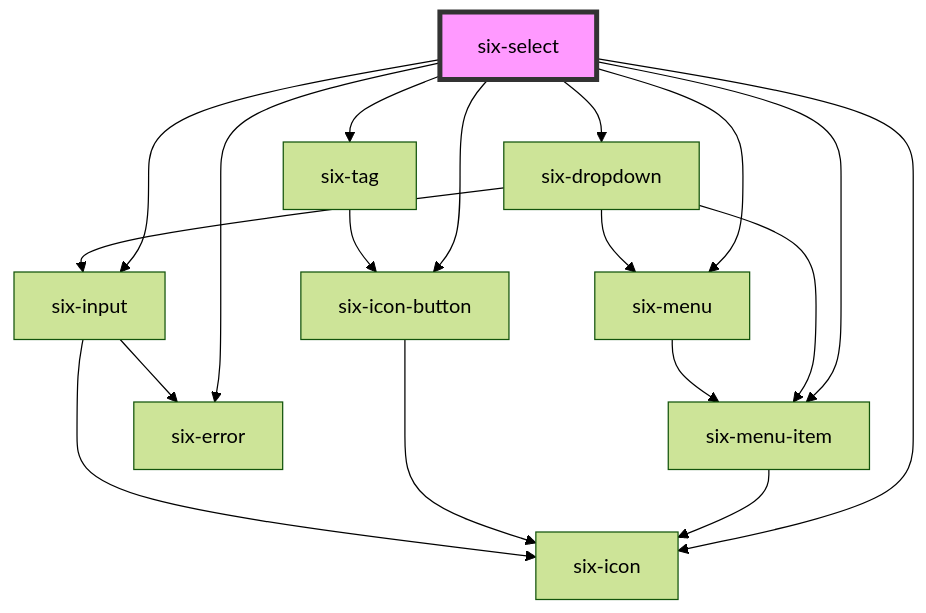
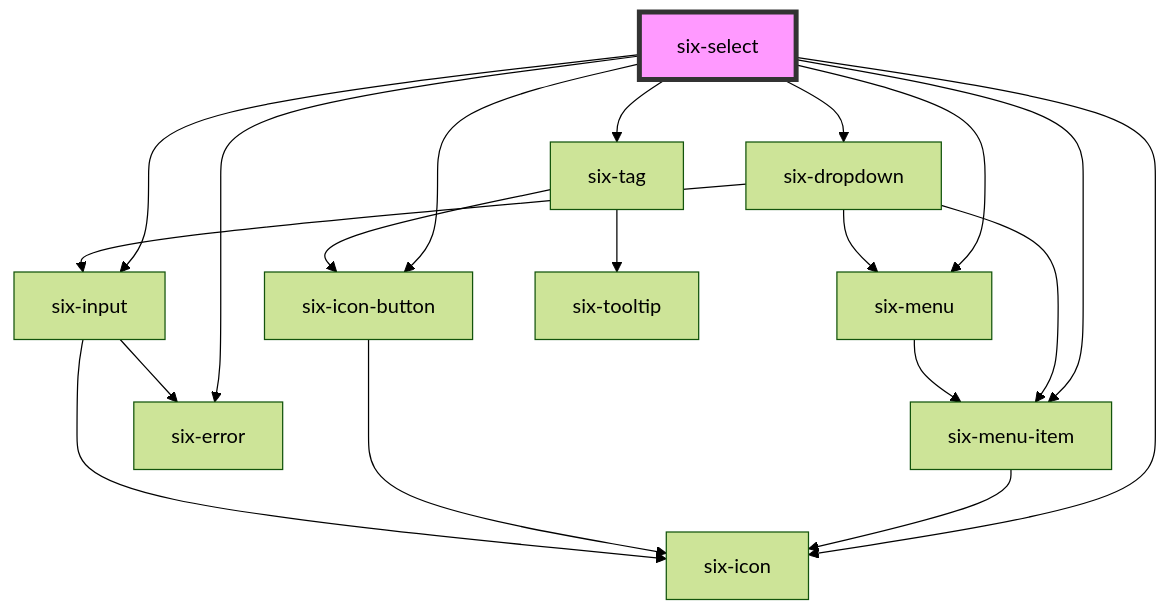
Before and after one commit to six-group/six-webcomponents: the diagram in libraries/ui-library/src/components/six-select/readme.md, drawn with Mermaid (forest theme). The commit also changed 13 other files, not shown here.

Commit message:
feat: tooltip for truncated six-tag elements

````diff
--- a/libraries/ui-library/src/components/six-select/readme.md
+++ b/libraries/ui-library/src/components/six-select/readme.md
@@ -100,21 +100,22 @@
 ```mermaid
 graph TD;
   six-select --> six-menu-item
   six-select --> six-tag
   six-select --> six-dropdown
   six-select --> six-icon-button
   six-select --> six-icon
   six-select --> six-input
   six-select --> six-menu
   six-select --> six-error
   six-menu-item --> six-icon
+  six-tag --> six-tooltip
   six-tag --> six-icon-button
   six-icon-button --> six-icon
   six-dropdown --> six-menu-item
   six-dropdown --> six-input
   six-dropdown --> six-menu
   six-input --> six-icon
   six-input --> six-error
   six-menu --> six-menu-item
   style six-select fill:#f9f,stroke:#333,stroke-width:4px
 ```
````
